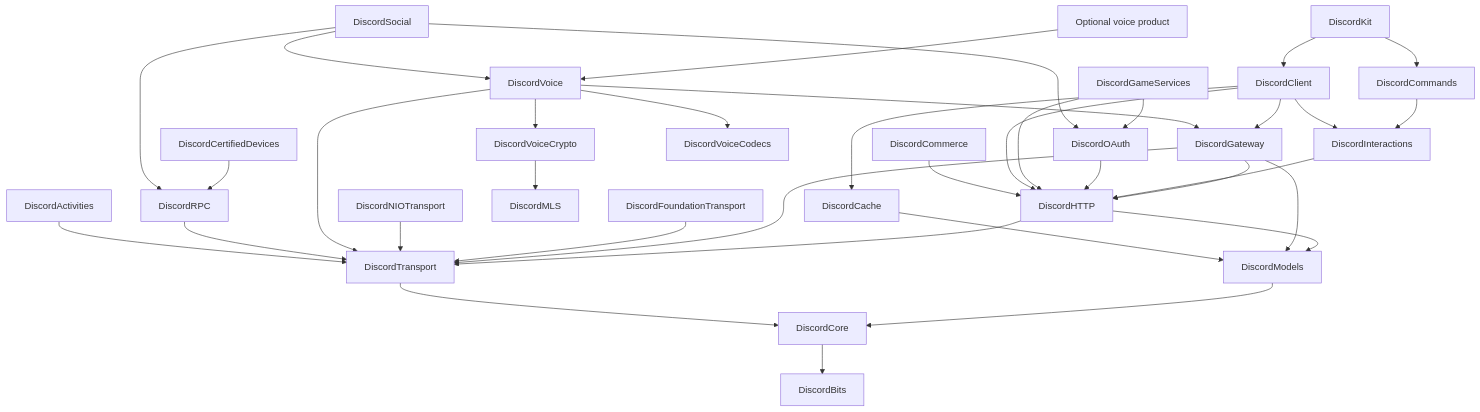
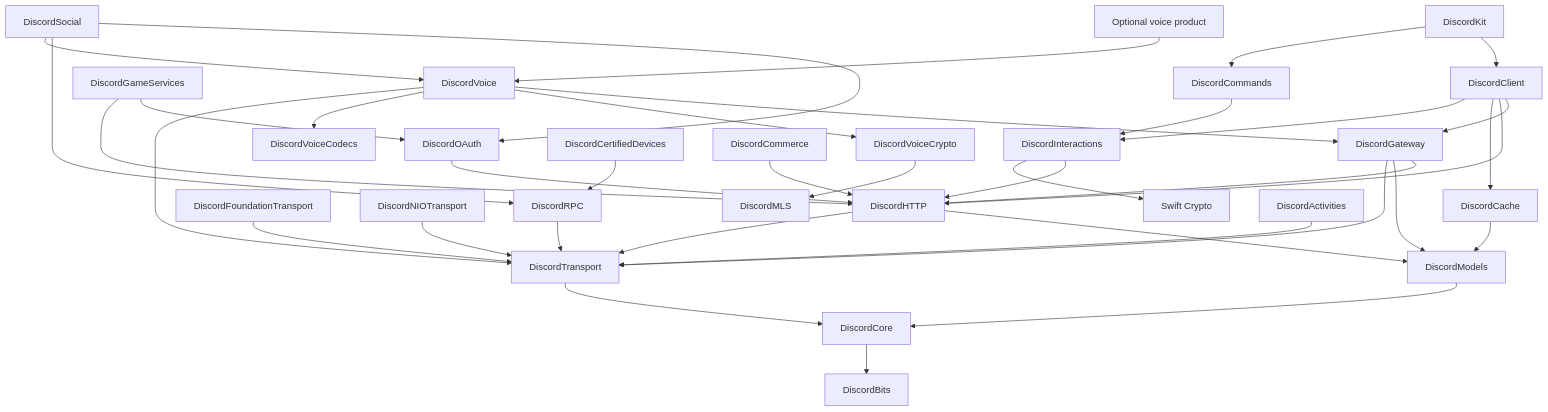
Before and after one commit to CarsonAurum/DiscordKit: the diagram in Docs/Architecture.md, drawn with Mermaid. The commit also changed other lines of this file and 76 other files, not shown here.

````diff
--- a/Docs/Architecture.md
+++ b/Docs/Architecture.md
@@ -57,38 +62,39 @@
 ```mermaid
 flowchart TD
     DiscordCore --> DiscordBits
     DiscordModels --> DiscordCore
     DiscordTransport --> DiscordCore
     DiscordHTTP --> DiscordModels
     DiscordHTTP --> DiscordTransport
     DiscordGateway --> DiscordHTTP
     DiscordGateway --> DiscordModels
     DiscordGateway --> DiscordTransport
     DiscordFoundationTransport --> DiscordTransport
     DiscordNIOTransport --> DiscordTransport
     DiscordCache --> DiscordModels
     DiscordInteractions --> DiscordHTTP
+    DiscordInteractions --> SwiftCrypto[Swift Crypto]
     DiscordCommands --> DiscordInteractions
     DiscordOAuth --> DiscordHTTP
     DiscordGameServices --> DiscordOAuth
     DiscordGameServices --> DiscordHTTP
     DiscordClient --> DiscordGateway
     DiscordClient --> DiscordHTTP
     DiscordClient --> DiscordCache
     DiscordClient --> DiscordInteractions
     DiscordVoice --> DiscordGateway
     DiscordVoice --> DiscordVoiceCrypto
     DiscordVoice --> DiscordVoiceCodecs
     DiscordVoice --> DiscordTransport
     DiscordVoiceCrypto --> DiscordMLS
     DiscordKit --> DiscordClient
     DiscordKit --> DiscordCommands
     VoiceProduct[Optional voice product] --> DiscordVoice
     DiscordRPC --> DiscordTransport
     DiscordCertifiedDevices --> DiscordRPC
     DiscordActivities --> DiscordTransport
     DiscordSocial --> DiscordOAuth
     DiscordSocial --> DiscordRPC
     DiscordSocial --> DiscordVoice
     DiscordCommerce --> DiscordHTTP
 ```
````
